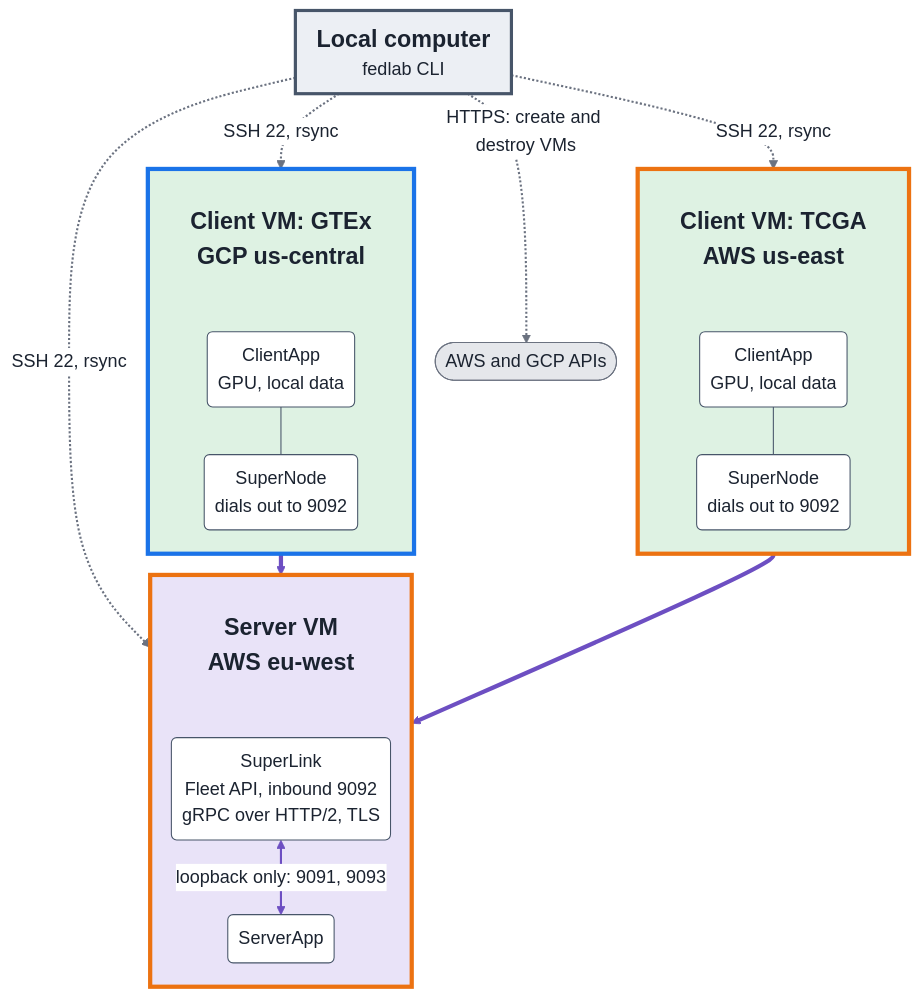
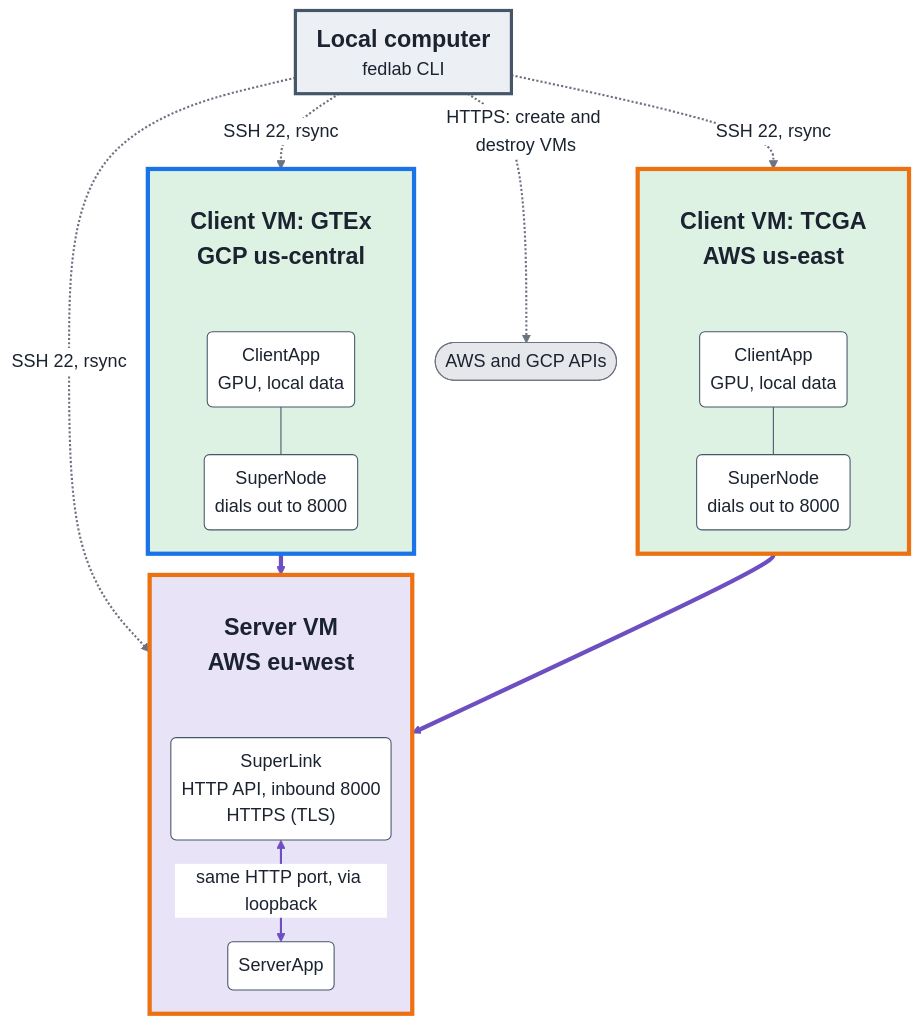
One commit to luke-c-sargent/fedlab changed the first of 2 diagrams in README.md. Above: the diagram before and after it, drawn with Mermaid. The commit also changed other lines of this file and 23 other files, not shown here.

Commit message:
refactoring for flower 1.40 - gRPC deprecation

````diff
--- a/README.md
+++ b/README.md
@@ -23,61 +23,61 @@
 ```mermaid
 %%{init: {"theme": "base", "flowchart": {"wrappingWidth": 600, "nodeSpacing": 20, "rankSpacing": 20, "padding": 10}, "themeVariables": {"fontSize": "17px", "textColor": "#1b2330", "primaryTextColor": "#1b2330", "lineColor": "#6b7280", "edgeLabelBackground": "#ffffff", "clusterBkg": "#ffffff", "clusterBorder": "#6b7280"}}}%%
 flowchart TB
   local["<b><span style='font-size:22px'>Local computer</span></b><br/>fedlab CLI"]
   apis(["AWS and GCP APIs"])
   subgraph tcga[" "]
     direction TB
     th["Client VM: TCGA <br/> AWS us-east"]
     a1("ClientApp <br/> GPU, local data")
-    n1("SuperNode <br/> dials out to 9092")
+    n1("SuperNode <br/> dials out to 8000")
   end
   subgraph gtex[" "]
     direction TB
     gh["Client VM: GTEx <br/> GCP us-central"]
     a2("ClientApp <br/> GPU, local data")
-    n2("SuperNode <br/> dials out to 9092")
+    n2("SuperNode <br/> dials out to 8000")
   end
   subgraph server[" "]
     direction TB
     sh["Server VM <br/> AWS eu-west"]
-    link("SuperLink <br/> Fleet API, inbound 9092 <br/> gRPC over HTTP/2, TLS")
+    link("SuperLink <br/> HTTP API, inbound 8000 <br/> HTTPS (TLS)")
     app("ServerApp")
   end
   th ~~~ a1
   gh ~~~ a2
   sh ~~~ link
   a1 --- n1
   a2 --- n2
-  link <-->|"loopback only: 9091, 9093"| app
+  link <-->|"same HTTP port, via loopback"| app
   n1 ==> sh
   n2 ==> sh
   local -.->|"SSH 22, rsync"| th
   local -.->|"SSH 22, rsync"| gh
   local -.->|"SSH 22, rsync"| sh
   local -.->|"HTTPS: create and destroy VMs"| apis
 
   classDef hw fill:#eceff4,stroke:#475569,stroke-width:3px,color:#1b2330
   classDef hdr fill:none,stroke:none,color:#1b2330,font-size:22px,font-weight:bold
   classDef soft fill:#ffffff,stroke:#475569,stroke-width:1px,color:#1b2330
   classDef store fill:#f5f2fc,stroke:#6d4fc2,stroke-width:1px,color:#1b2330
   classDef ext fill:#e5e7eb,stroke:#6b7280,stroke-width:1px,color:#1b2330
   class th,gh,sh hdr
   class local hw
   class a1,n1,a2,n2,link,app soft
   class apis ext
   style tcga fill:#def2e3,stroke:#ec7211,stroke-width:4px,color:#1b2330
   style gtex fill:#def2e3,stroke:#1a73e8,stroke-width:4px,color:#1b2330
   style server fill:#e9e3f8,stroke:#ec7211,stroke-width:4px,color:#1b2330
   linkStyle 0 stroke:none,fill:none
   linkStyle 1 stroke:none,fill:none
   linkStyle 2 stroke:none,fill:none
   linkStyle 3 stroke:#475569,stroke-width:1px
   linkStyle 4 stroke:#475569,stroke-width:1px
   linkStyle 5 stroke:#6d4fc2,stroke-width:2px
   linkStyle 6 stroke:#6d4fc2,stroke-width:4px
   linkStyle 7 stroke:#6d4fc2,stroke-width:4px
   linkStyle 8 stroke:#6b7280,stroke-width:2px
   linkStyle 9 stroke:#6b7280,stroke-width:2px
   linkStyle 10 stroke:#6b7280,stroke-width:2px
   linkStyle 11 stroke:#6b7280,stroke-width:2px
 ```
````
